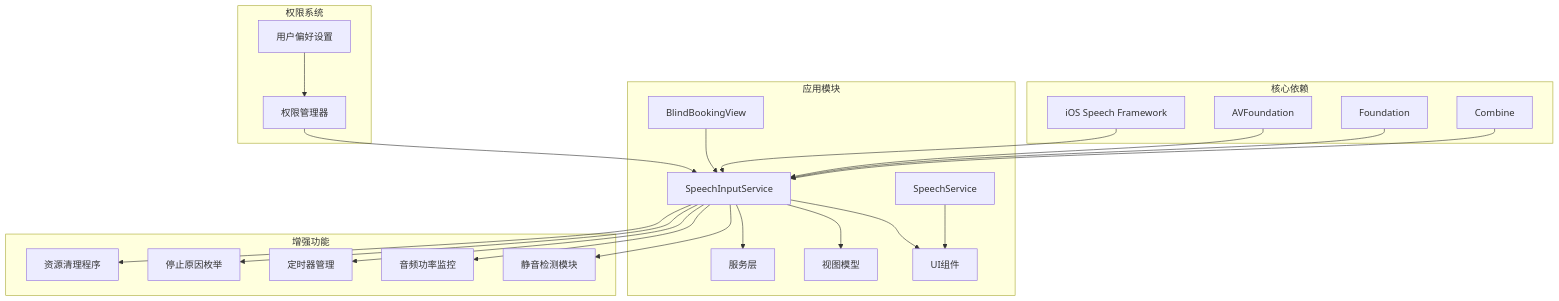
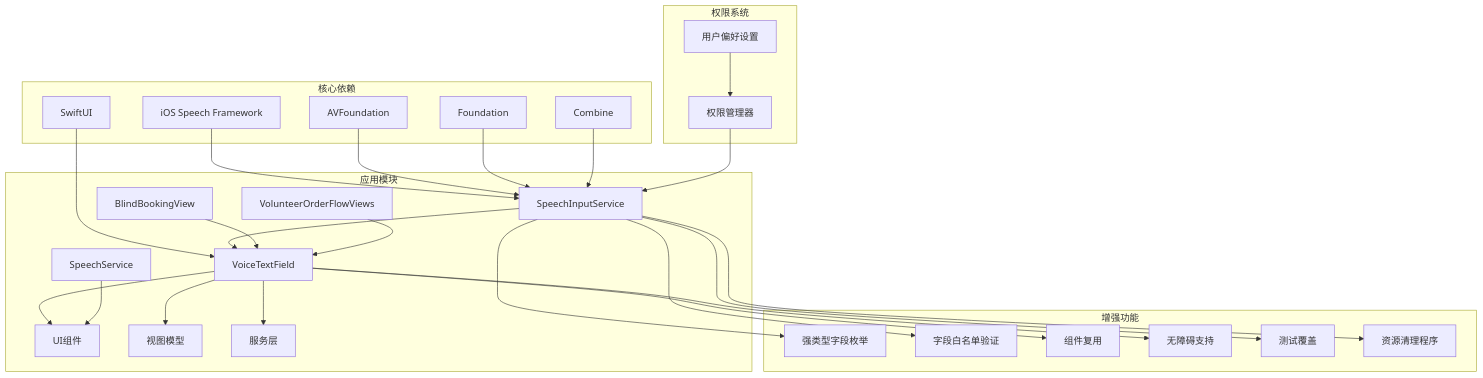
Before and after one commit to Jayden23018/blind-run-ios: diagram 13 of 13 in .qoder/repowiki/zh/content/开发指南/编码规范与最佳实践/无障碍开发规范/语音输入集成.md, drawn with Mermaid. The commit also changed other lines of this file and 5 other files, not shown here.

````diff
--- a/.qoder/repowiki/zh/content/开发指南/编码规范与最佳实践/无障碍开发规范/语音输入集成.md
+++ b/.qoder/repowiki/zh/content/开发指南/编码规范与最佳实践/无障碍开发规范/语音输入集成.md
@@ -463,44 +602,52 @@
 ```mermaid
 graph TB
 subgraph "核心依赖"
 SpeechFramework[iOS Speech Framework]
 AVFoundation[AVFoundation]
 Foundation[Foundation]
 Combine[Combine]
+SwiftUI[SwiftUI]
 end
 subgraph "应用模块"
 SpeechInputService[SpeechInputService]
 SpeechService[SpeechService]
+VoiceTextField[VoiceTextField]
 UIComponents[UI组件]
 ViewModel[视图模型]
 Services[服务层]
 BlindBookingView[BlindBookingView]
+VolunteerOrderFlowViews[VolunteerOrderFlowViews]
 end
 subgraph "权限系统"
 PermissionManager[权限管理器]
 UserPreferences[用户偏好设置]
 end
 subgraph "增强功能"
-SilenceDetection[静音检测模块]
-AudioPower[音频功率监控]
-TimerManagement[定时器管理]
-StopReasonEnum[停止原因枚举]
+StrongTypedFields[强类型字段枚举]
+AllowlistValidation[字段白名单验证]
+ComponentReuse[组件复用]
+AccessibilitySupport[无障碍支持]
+TestCoverage[测试覆盖]
 ResourceCleanup[资源清理程序]
 end
 SpeechFramework --> SpeechInputService
 AVFoundation --> SpeechInputService
 Foundation --> SpeechInputService
 Combine --> SpeechInputService
-SpeechInputService --> UIComponents
-SpeechInputService --> ViewModel
-SpeechInputService --> Services
+SwiftUI --> VoiceTextField
+SpeechInputService --> VoiceTextField
+VoiceTextField --> UIComponents
+VoiceTextField --> ViewModel
+VoiceTextField --> Services
 SpeechService --> UIComponents
-BlindBookingView --> SpeechInputService
+BlindBookingView --> VoiceTextField
+VolunteerOrderFlowViews --> VoiceTextField
 PermissionManager --> SpeechInputService
 UserPreferences --> PermissionManager
-SpeechInputService --> SilenceDetection
-SpeechInputService --> AudioPower
-SpeechInputService --> TimerManagement
-SpeechInputService --> StopReasonEnum
+SpeechInputService --> StrongTypedFields
+SpeechInputService --> AllowlistValidation
+VoiceTextField --> ComponentReuse
+VoiceTextField --> AccessibilitySupport
+SpeechInputService --> TestCoverage
 SpeechInputService --> ResourceCleanup
 ```
````
